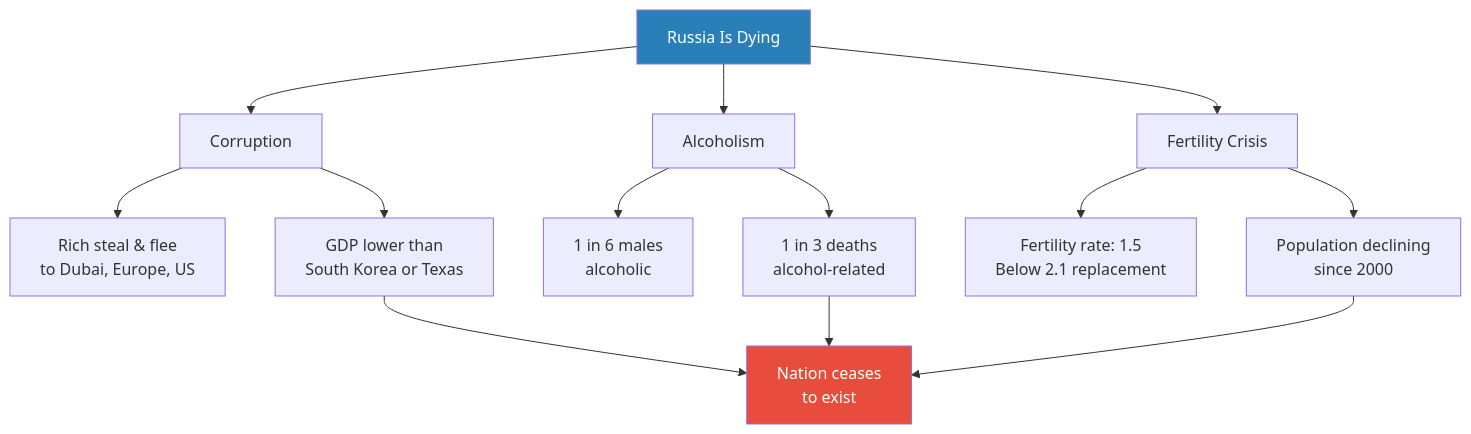
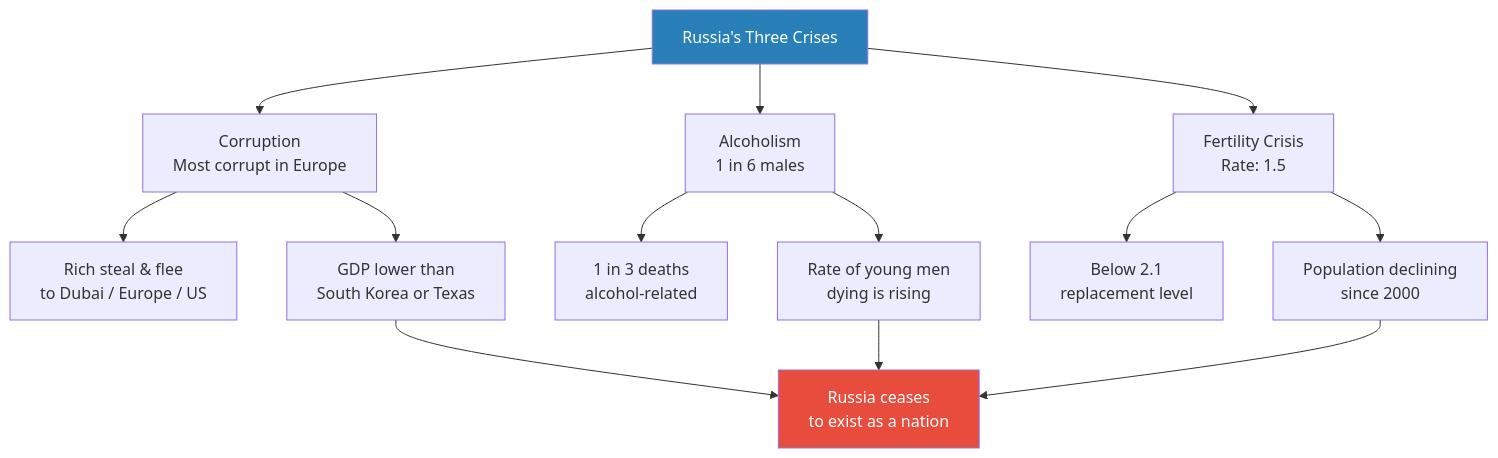
The second of 6 diagrams in summaries/Lectures/Geo-Strategy/09 - Putin's War for the Soul of Russia.md (alius33/reader), drawn with Mermaid before and after one commit. The commit also changed other lines of this file and 26 other files, not shown here.

````diff
--- a/summaries/Lectures/Geo-Strategy/09 - Putin's War for the Soul of Russia.md
+++ b/summaries/Lectures/Geo-Strategy/09 - Putin's War for the Soul of Russia.md
@@ -86,18 +91,18 @@
 ```mermaid
 flowchart TB
-    R["Russia Is Dying"]
-    R --> C["Corruption"]
-    R --> A["Alcoholism"]
-    R --> F["Fertility Crisis"]
-    C --> C1["Rich steal & flee<br/>to Dubai, Europe, US"]
+    R["Russia's Three Crises"]
+    R --> C["Corruption<br/>Most corrupt in Europe"]
+    R --> A["Alcoholism<br/>1 in 6 males"]
+    R --> F["Fertility Crisis<br/>Rate: 1.5"]
+    C --> C1["Rich steal & flee<br/>to Dubai / Europe / US"]
     C --> C2["GDP lower than<br/>South Korea or Texas"]
-    A --> A1["1 in 6 males<br/>alcoholic"]
-    A --> A2["1 in 3 deaths<br/>alcohol-related"]
-    F --> F1["Fertility rate: 1.5<br/>Below 2.1 replacement"]
+    A --> A1["1 in 3 deaths<br/>alcohol-related"]
+    A --> A2["Rate of young men<br/>dying is rising"]
+    F --> F1["Below 2.1<br/>replacement level"]
     F --> F2["Population declining<br/>since 2000"]
-    C2 --> D["Nation ceases<br/>to exist"]
+    C2 --> D["Russia ceases<br/>to exist as a nation"]
     A2 --> D
     F2 --> D
     style D fill:#e74c3c,color:#fff
     style R fill:#2980b9,color:#fff
 ```
````
